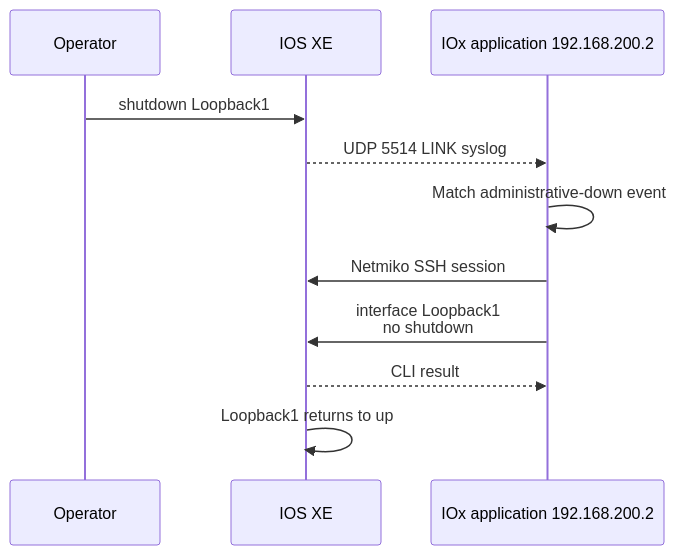
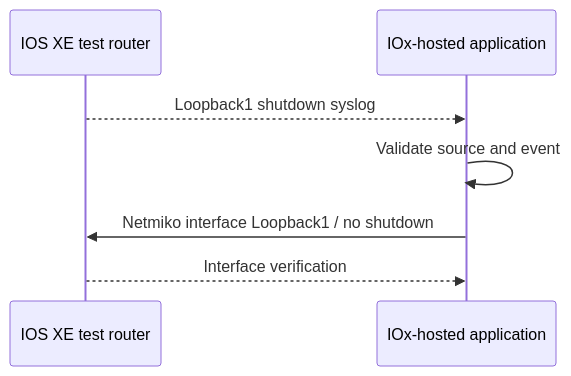
The second of 2 diagrams in LAB/Lab15/Lab15.md (tanthanh85/CCNPAUTO), drawn with Mermaid before and after one commit. The commit also changed other lines of this file and 26 other files, not shown here.

````diff
--- a/LAB/Lab15/Lab15.md
+++ b/LAB/Lab15/Lab15.md
@@ -23,14 +34,9 @@
 ```mermaid
 sequenceDiagram
-    participant O as Operator
-    participant R as IOS XE
-    participant A as IOx application 192.168.200.2
-
-    O->>R: shutdown Loopback1
-    R-->>A: UDP 5514 LINK syslog
-    A->>A: Match administrative-down event
-    A->>R: Netmiko SSH session
-    A->>R: interface Loopback1<br/>no shutdown
-    R-->>A: CLI result
-    R->>R: Loopback1 returns to up
+    participant R as IOS XE test router
+    participant A as IOx-hosted application
+    R-->>A: Loopback1 shutdown syslog
+    A->>A: Validate source and event
+    A->>R: Netmiko interface Loopback1 / no shutdown
+    R-->>A: Interface verification
 ```
````
